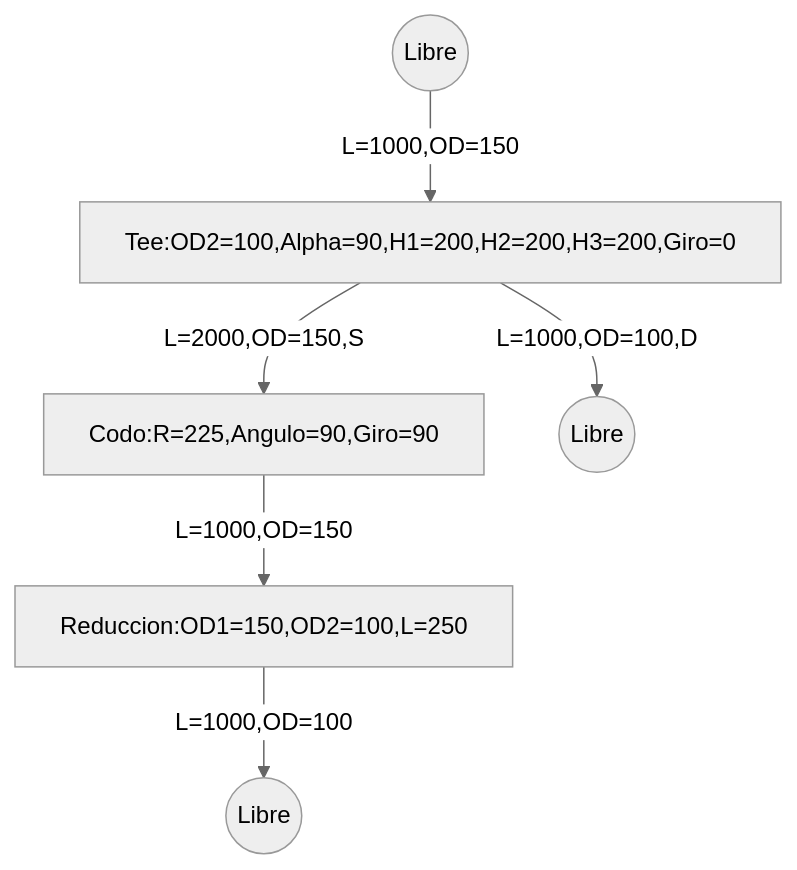
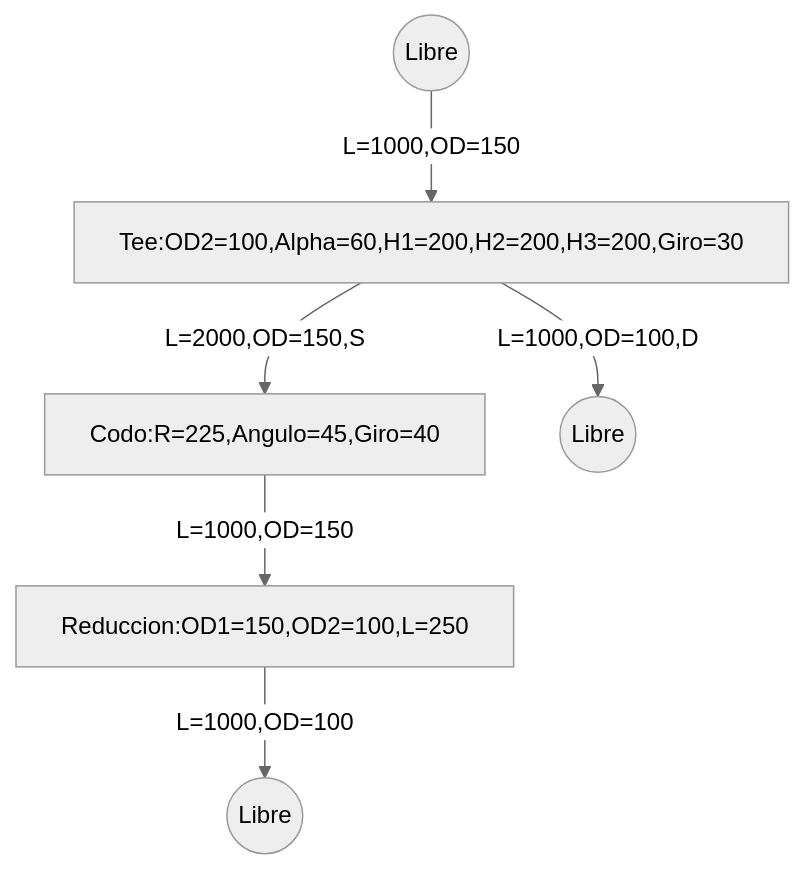
The diagram in Caso_1.md (reiraviolo/Mesh_preforma), drawn with Mermaid (neutral theme) before and after one commit. The commit also changed 1 other file, not shown here.

Commit message:
unifico versiones

````diff
--- a/Caso_1.md
+++ b/Caso_1.md
@@ -1,15 +1,15 @@
 ```mermaid
 flowchart TD
 1((Libre))
-2["Tee:OD2=100,Alpha=90,H1=200,H2=200,H3=200,Giro=0"]
-3["Codo:R=225,Angulo=90,Giro=90"]
+2["Tee:OD2=100,Alpha=60,H1=200,H2=200,H3=200,Giro=30"]
+3["Codo:R=225,Angulo=45,Giro=40"]
 4["Reduccion:OD1=150,OD2=100,L=250"]
 5((Libre))
 6((Libre))
 
 1 -->|L=1000,OD=150| 2
 2 -->|L=2000,OD=150,S| 3
 3 -->|L=1000,OD=150| 4
 4 -->|L=1000,OD=100| 5
 2 -->|L=1000,OD=100,D| 6
 ```
````
